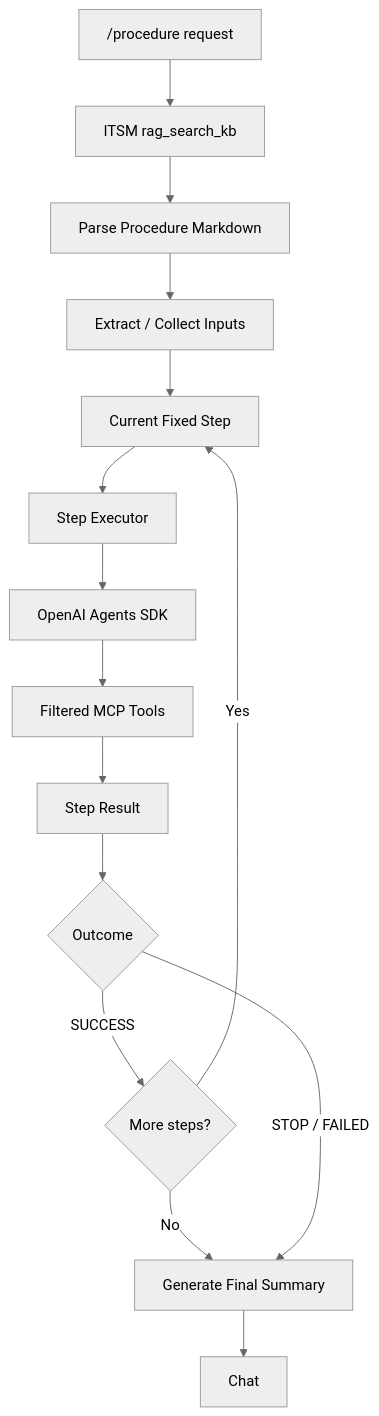
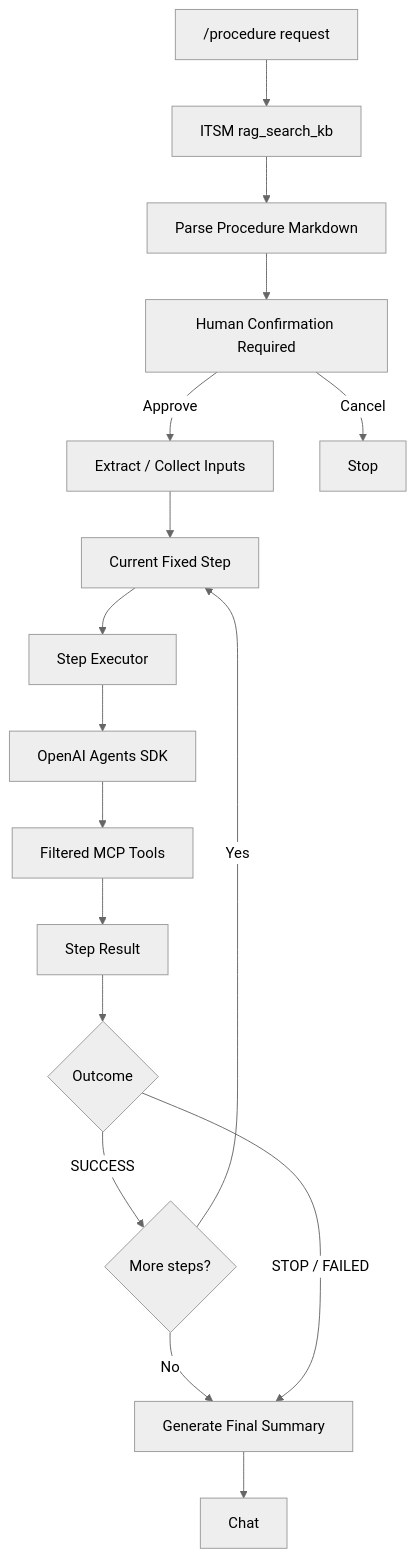
One commit to clbartolome/aiops-agent changed the second of 3 diagrams in README.md. Above: the diagram before and after it, drawn with Mermaid (neutral theme). The commit also changed other lines of this file and 15 other files, not shown here.

Commit message:
Incidents are working. Cancel and approve procedure implemented.

````diff
--- a/README.md
+++ b/README.md
@@ -84,17 +84,19 @@
 ```mermaid
 flowchart TD
     U["/procedure request"] --> KB["ITSM rag_search_kb"]
     KB --> P[Parse Procedure Markdown]
-    P --> IN[Extract / Collect Inputs]
+    P --> CONF[Human Confirmation Required]
+    CONF -->|Approve| IN[Extract / Collect Inputs]
+    CONF -->|Cancel| END[Stop]
     IN --> S[Current Fixed Step]
     S --> E[Step Executor]
     E --> SDK[OpenAI Agents SDK]
     SDK --> MCP[Filtered MCP Tools]
     MCP --> R[Step Result]
     R --> D{Outcome}
     D -->|SUCCESS| N{More steps?}
     N -->|Yes| S
     N -->|No| SUM[Generate Final Summary]
     D -->|STOP / FAILED| SUM
     SUM --> UI[Chat]
 ```
````
